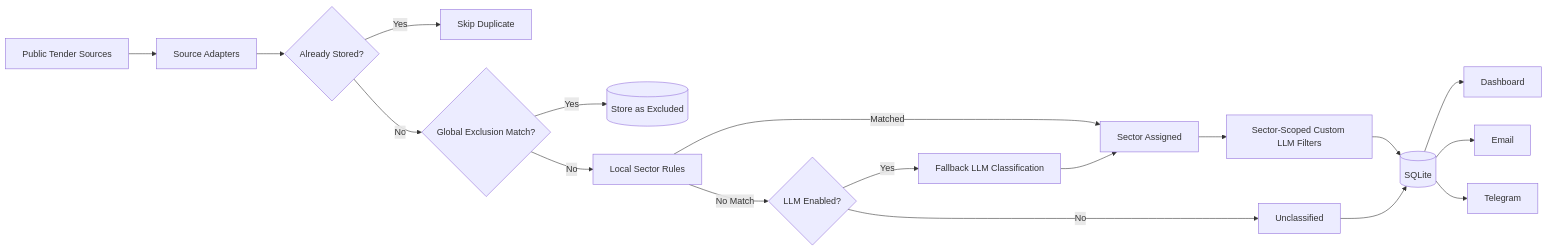
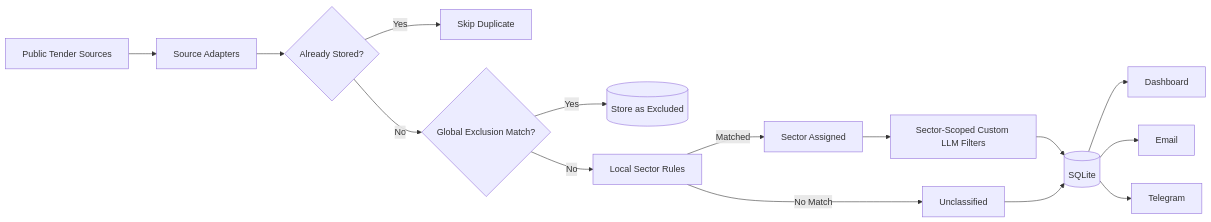
One commit to isikmuhamm/tender-tracker changed the first of 2 diagrams in README.md. Above: the diagram before and after it, drawn with Mermaid. The commit also changed other lines of this file and 2 other files, not shown here.

Commit message:
bump/release: v1.3.1 - fix model placeholder on startup and align README with AI fallback removal

````diff
--- a/README.md
+++ b/README.md
@@ -166,20 +162,17 @@
 ```mermaid
 flowchart LR
     A[Public Tender Sources] --> B[Source Adapters]
     B --> C{Already Stored?}
     C -->|Yes| X[Skip Duplicate]
     C -->|No| D{Global Exclusion Match?}
     D -->|Yes| E[(Store as Excluded)]
     D -->|No| F[Local Sector Rules]
     F -->|Matched| H[Sector Assigned]
-    F -->|No Match| G{LLM Enabled?}
-    G -->|Yes| I[Fallback LLM Classification]
-    G -->|No| J[Unclassified]
-    I --> H
+    F -->|No Match| J[Unclassified]
     H --> K[Sector-Scoped Custom LLM Filters]
     K --> L[(SQLite)]
     J --> L
     L --> M[Dashboard]
     L --> N[Email]
     L --> O[Telegram]
 ```
````
